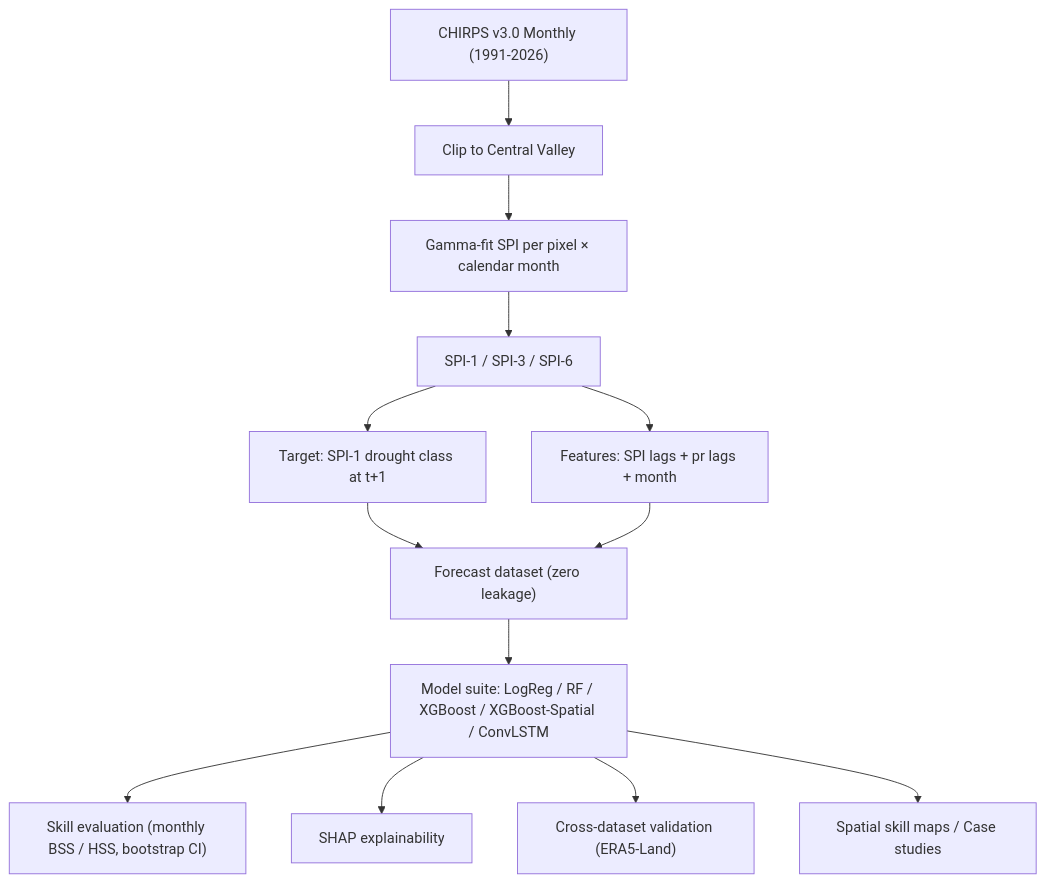
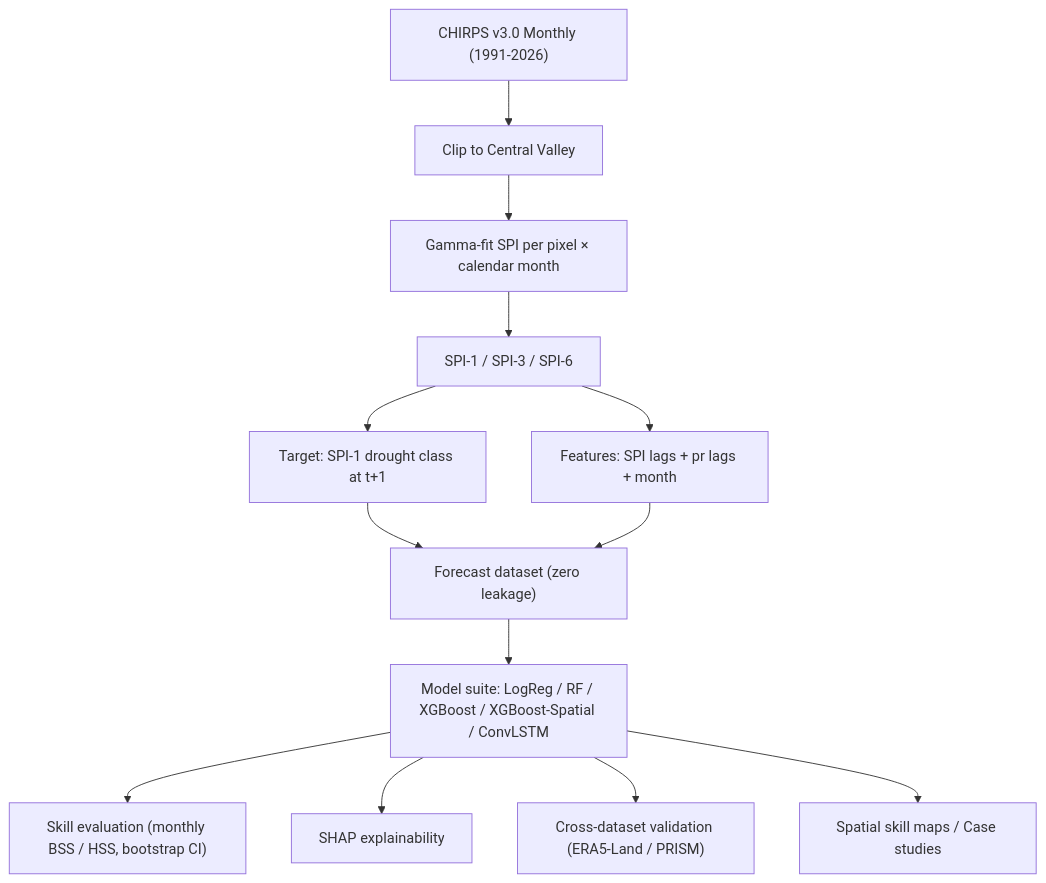
Before and after one commit to Ishtiaque-h/chirps-drought-classifier: the diagram in README.md, drawn with Mermaid. The commit also changed other lines of this file and 2 other files, not shown here.

Commit message:
feat: enhance analysis with PRISM validation and temporal robustness audit details

````diff
--- a/README.md
+++ b/README.md
@@ -28,15 +28,15 @@
 ```mermaid
 graph TD;
     A["CHIRPS v3.0 Monthly (1991-2026)"] --> B["Clip to Central Valley"];
     B --> C["Gamma-fit SPI per pixel × calendar month"];
     C --> D["SPI-1 / SPI-3 / SPI-6"];
     D --> E["Target: SPI-1 drought class at t+1"];
     D --> F["Features: SPI lags + pr lags + month"];
     E --> G["Forecast dataset (zero leakage)"];
     F --> G;
     G --> H["Model suite: LogReg / RF / XGBoost / XGBoost-Spatial / ConvLSTM"];
     H --> I["Skill evaluation (monthly BSS / HSS, bootstrap CI)"];
     H --> J["SHAP explainability"];
-    H --> K["Cross-dataset validation (ERA5-Land)"];
+    H --> K["Cross-dataset validation (ERA5-Land / PRISM)"];
     H --> L["Spatial skill maps / Case studies"];
 ```
````
